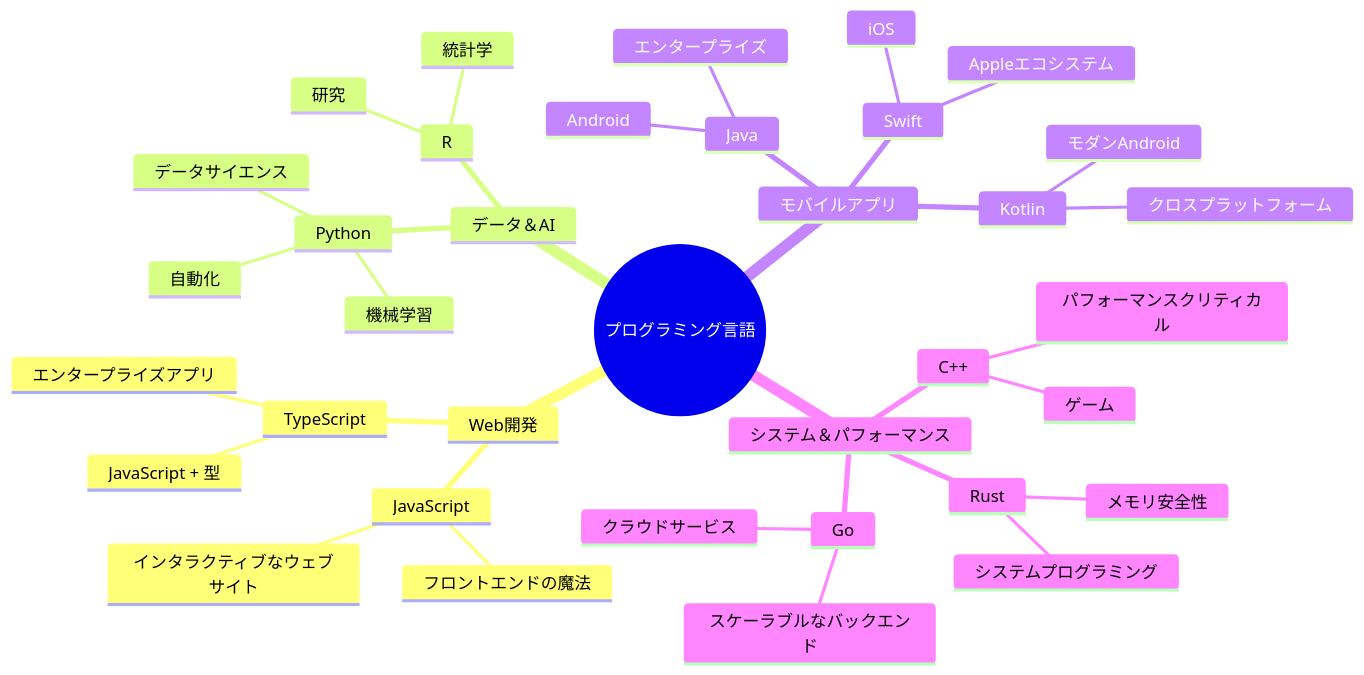
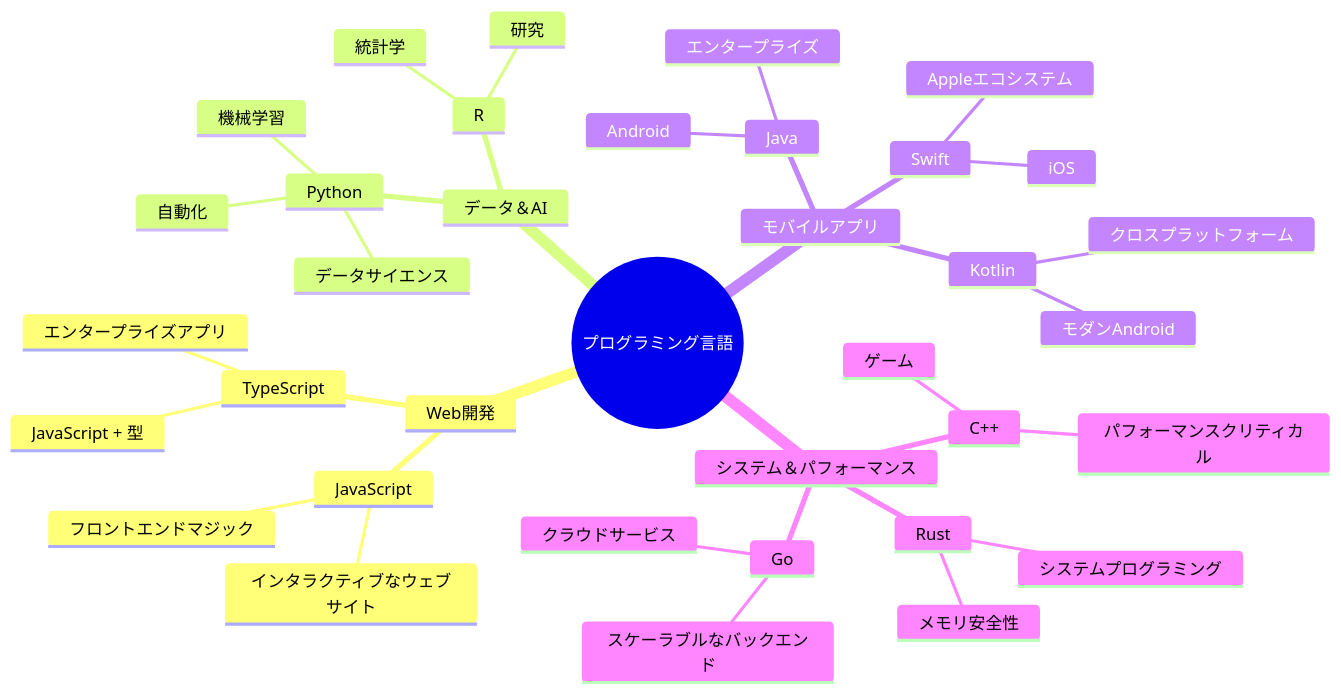
One commit to microsoft/Web-Dev-For-Beginners changed the second of 7 diagrams in translations/ja/1-getting-started-lessons/1-intro-to-programming-languages/README.md. Above: the diagram before and after it, drawn with Mermaid. The commit also changed other lines of this file and 8 other files, not shown here.

````diff
--- a/translations/ja/1-getting-started-lessons/1-intro-to-programming-languages/README.md
+++ b/translations/ja/1-getting-started-lessons/1-intro-to-programming-languages/README.md
@@ -85,39 +85,39 @@
 ```mermaid
 mindmap
   root((プログラミング言語))
     Web開発
       JavaScript
-        フロントエンドの魔法
+        フロントエンドマジック
         インタラクティブなウェブサイト
       TypeScript
         JavaScript + 型
         エンタープライズアプリ
     データ＆AI
       Python
         データサイエンス
         機械学習
         自動化
       R
         統計学
         研究
     モバイルアプリ
       Java
         Android
         エンタープライズ
       Swift
         iOS
         Appleエコシステム
       Kotlin
         モダンAndroid
         クロスプラットフォーム
     システム＆パフォーマンス
       C++
         ゲーム
         パフォーマンスクリティカル
       Rust
         メモリ安全性
         システムプログラミング
       Go
         クラウドサービス
         スケーラブルなバックエンド
 ```
````
